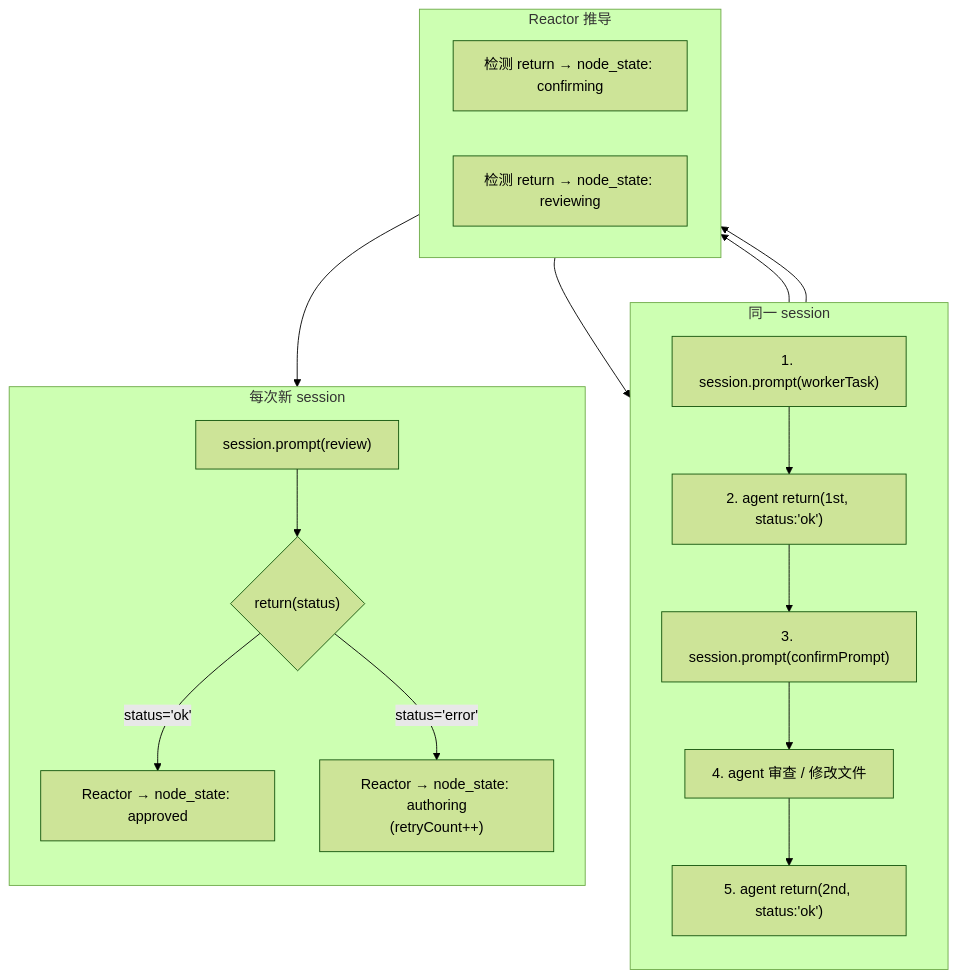
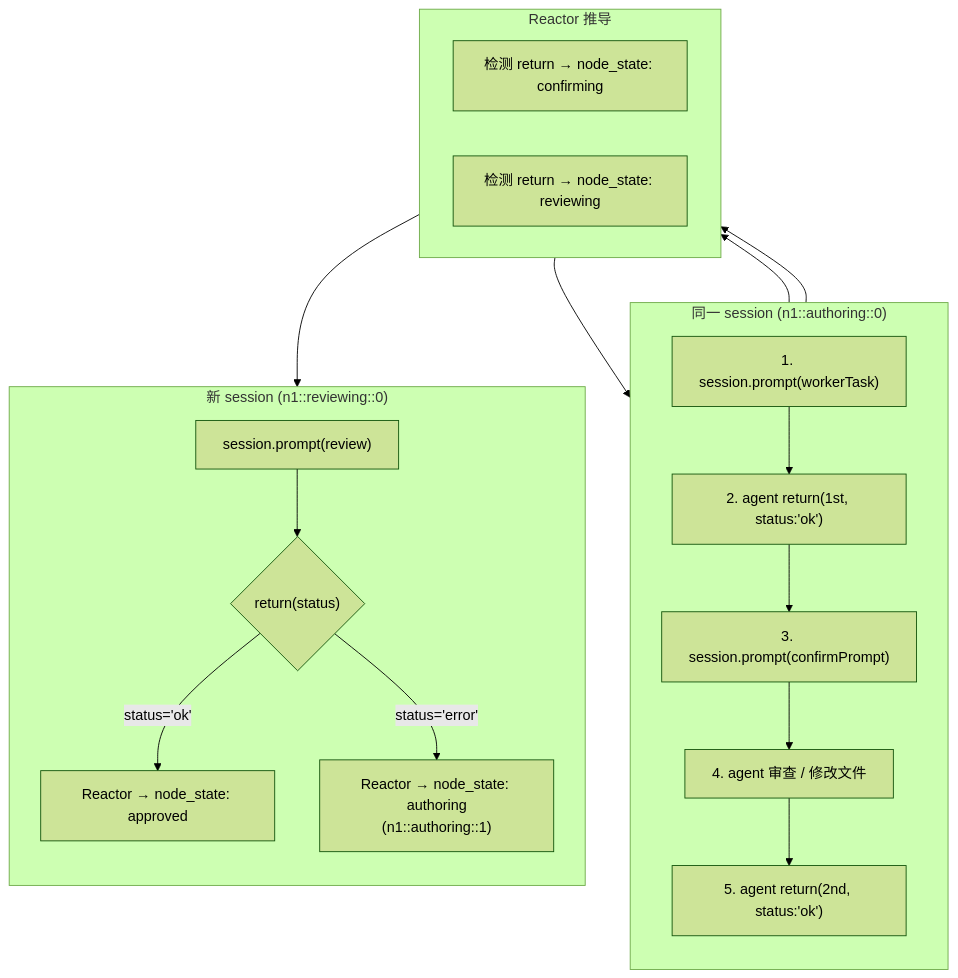
Before and after one commit to PamelaSprin47685ghall/omp-me: the first of 2 diagrams in squad-tau/PRD/03-squad-sessions.md, drawn with Mermaid (forest theme). The commit also changed other lines of this file and 30 other files, not shown here.

````diff
--- a/squad-tau/PRD/03-squad-sessions.md
+++ b/squad-tau/PRD/03-squad-sessions.md
@@ -69,34 +112,34 @@
 ```mermaid
 graph TD
-    subgraph runWorker["同⼀ session"]
+    subgraph runWorker["同一 session (n1::authoring::0)"]
         direction TB
         W1["1. session.prompt(workerTask)"]
         W2["2. agent return(1st, status:'ok')"]
         W3["3. session.prompt(confirmPrompt)"]
         W4["4. agent 审查 / 修改文件"]
         W5["5. agent return(2nd, status:'ok')"]
         W1 --> W2 --> W3 --> W4 --> W5
     end
 
     subgraph Reactor[Reactor 推导]
         direction LR
         R1["检测 return → node_state: confirming"]
         R2["检测 return → node_state: reviewing"]
     end
 
     W2 --> R1
     W5 --> R2
 
     R1 --> runWorker
 
-    subgraph runReviewer["每次新 session"]
+    subgraph runReviewer["新 session (n1::reviewing::0)"]
         direction TB
         REV1["session.prompt(review)"]
         REV2{"return(status)"}
         REV1 --> REV2
         REV2 -->|status='ok'| DONE["Reactor → node_state: approved"]
-        REV2 -->|status='error'| RETRY["Reactor → node_state: authoring\n(retryCount++)"]
+        REV2 -->|status='error'| RETRY["Reactor → node_state: authoring\n(n1::authoring::1)"]
     end
 
     R2 --> runReviewer
 ```
````
